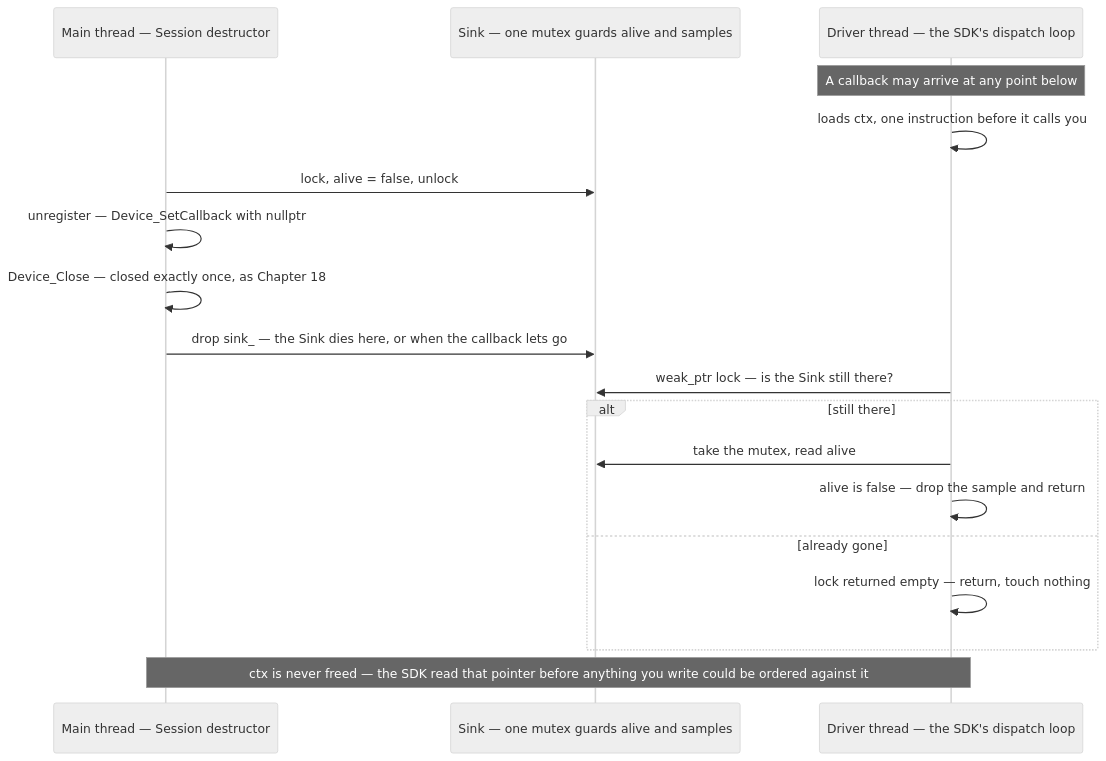
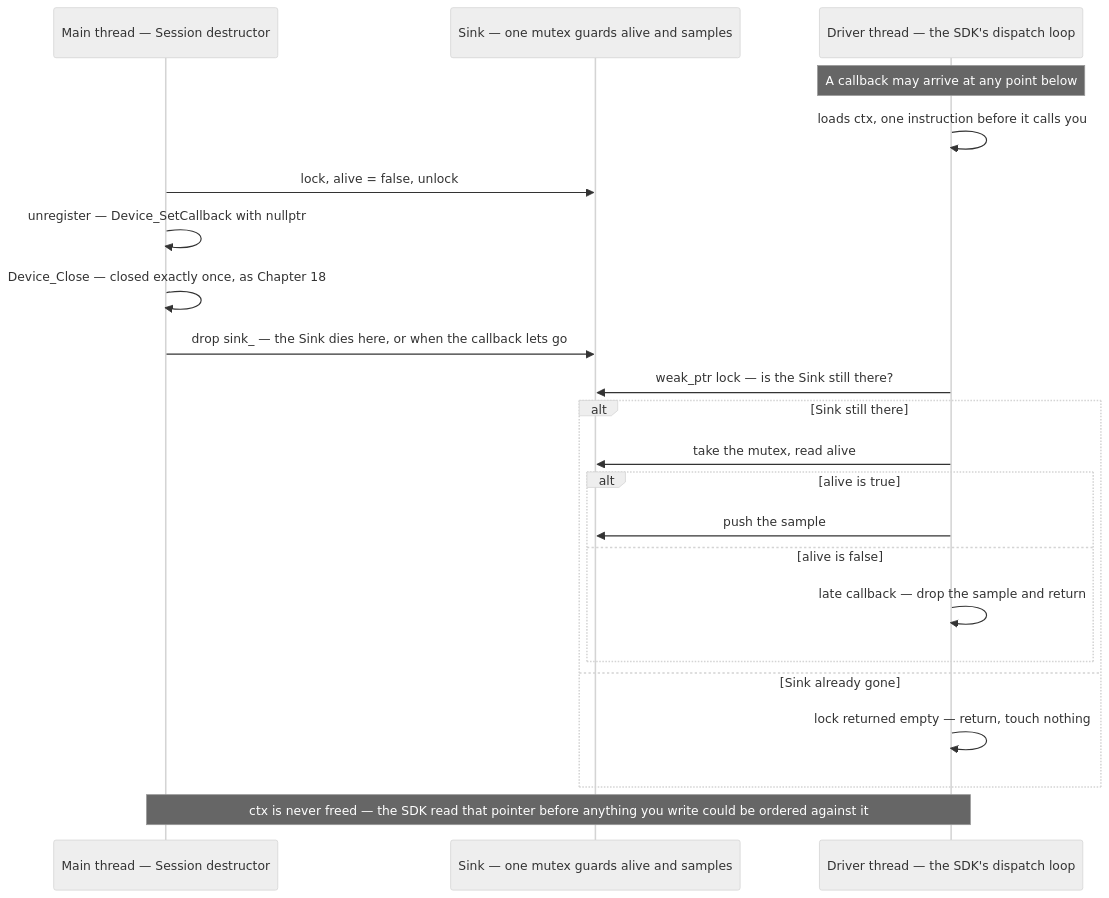
Before and after one commit to mkhomutov/going-unmanaged: the diagram in book/29-concurrency.md, drawn with Mermaid (neutral theme). The commit also changed 2 other files, not shown here.

Commit message:
Fix three diagram layout problems found by rendering them
Rendering the four diagrams with mermaid in a browser — rather than
only parsing them — turned up three things parsing cannot see:

- Chapter 12: Widget.h was declared before Main.cpp, so dagre placed
  it leftmost and its edge to the second preprocessor crossed
  Main.cpp's edge to the first. Declaring Main.cpp first centres the
  header between its two consumers and the crossings disappear.
- Chapter 26: two sibling subgraphs render in reverse declaration
  order, so C++ appeared above C#. The book introduces C# first, so
  the subgraphs are now declared the other way round.
- Chapter 29: the alt showed only the alive == false branch, which
  reads as though a live callback never pushes. Nested alt now shows
  both, matching Trampoline exactly.

Text unchanged; these are node ordering and one added branch.

````diff
--- a/book/29-concurrency.md
+++ b/book/29-concurrency.md
@@ -210,20 +210,24 @@
 ```mermaid
 sequenceDiagram
     participant M as Main thread — Session destructor
     participant K as Sink — one mutex guards alive and samples
     participant D as Driver thread — the SDK's dispatch loop
     Note over D: A callback may arrive at any point below
     D->>D: loads ctx, one instruction before it calls you
     M->>K: lock, alive = false, unlock
     M->>M: unregister — Device_SetCallback with nullptr
     M->>M: Device_Close — closed exactly once, as Chapter 18
     M->>K: drop sink_ — the Sink dies here, or when the callback lets go
     D->>K: weak_ptr lock — is the Sink still there?
-    alt still there
+    alt Sink still there
         D->>K: take the mutex, read alive
-        D->>D: alive is false — drop the sample and return
-    else already gone
+        alt alive is true
+            D->>K: push the sample
+        else alive is false
+            D->>D: late callback — drop the sample and return
+        end
+    else Sink already gone
         D->>D: lock returned empty — return, touch nothing
     end
     Note over M,D: ctx is never freed — the SDK read that pointer before anything you write could be ordered against it
 ```
````
